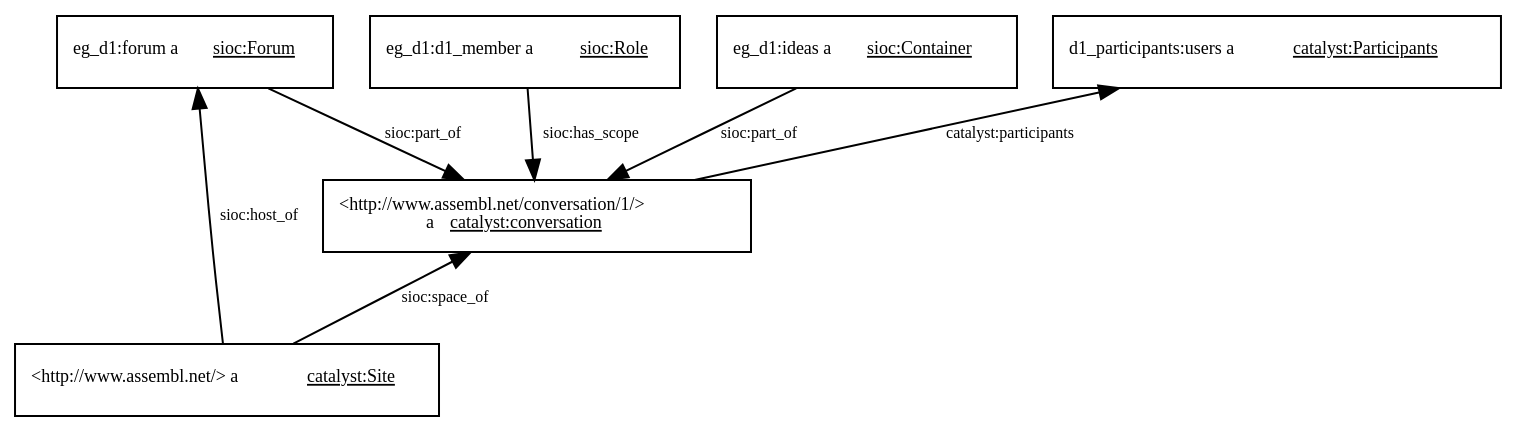
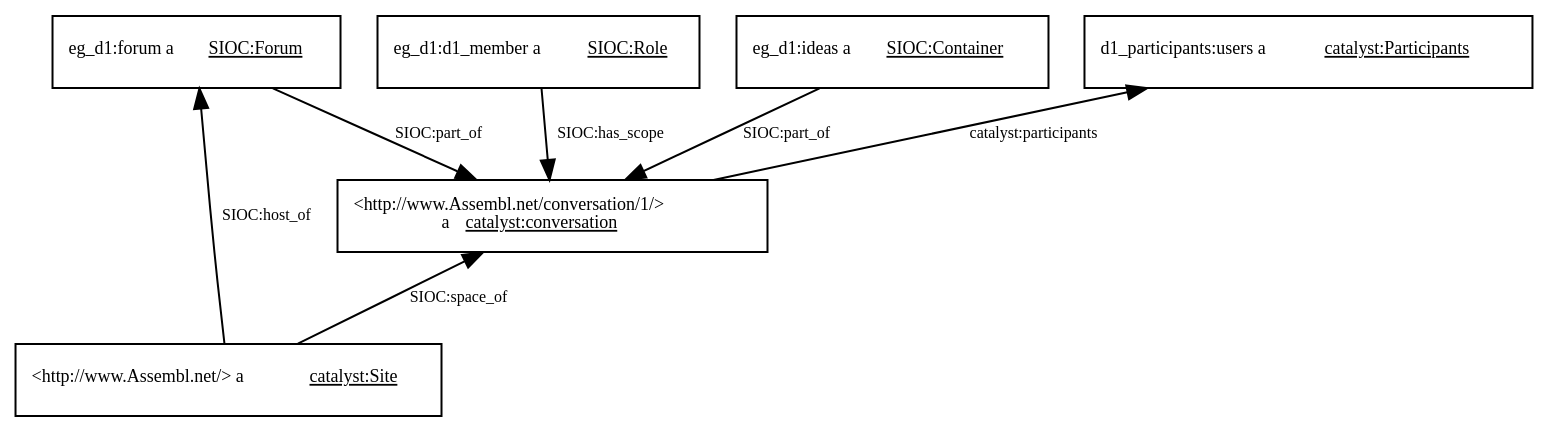
The sixth of 16 diagrams in interoperability/interoperability.md (catalyst-fp7/documents), drawn with Graphviz before and after one commit. The commit also changed other lines of this file, not shown here.

````diff
--- a/interoperability/interoperability.md
+++ b/interoperability/interoperability.md
@@ -916,20 +914,20 @@
 ```graphviz 0.59
 digraph g {
     graph [bgcolor="transparent", rankdir="TB", compound="true"];
     node [fillcolor=white, style=filled,  shape=record, fontsize=9];
     edge [fontsize=8];
     users [label=<d1_participants:users a <U>catalyst:Participants</U>>];
     users->conversation [label="catalyst:participants", dir="back"];
-    forum [label=<eg_d1:forum a <U>sioc:Forum</U>>];
-    site [label=<&lt;http://www.assembl.net/&gt; a <U>catalyst:Site</U>>];
-    forum->site [label="sioc:host_of", dir="back"];
-    conversation->site [label="sioc:space_of", dir="back"];
-    member_role [label=<eg_d1:d1_member a <U>sioc:Role</U>>];
-    member_role->conversation [label="sioc:has_scope"];
-    conversation [label=<&lt;http://www.assembl.net/conversation/1/&gt;<br /> a <U>catalyst:conversation</U>>];
-    forum [label=<eg_d1:forum a <U>sioc:Forum</U>>];
-    ideasContainer [label=<eg_d1:ideas a <U>sioc:Container</U>>];
-    forum->conversation [label="sioc:part_of"];
-    ideasContainer->conversation [label="sioc:part_of"];
+    forum [label=<eg_d1:forum a <U>SIOC:Forum</U>>];
+    site [label=<&lt;http://www.Assembl.net/&gt; a <U>catalyst:Site</U>>];
+    forum->site [label="SIOC:host_of", dir="back"];
+    conversation->site [label="SIOC:space_of", dir="back"];
+    member_role [label=<eg_d1:d1_member a <U>SIOC:Role</U>>];
+    member_role->conversation [label="SIOC:has_scope"];
+    conversation [label=<&lt;http://www.Assembl.net/conversation/1/&gt;<br /> a <U>catalyst:conversation</U>>];
+    forum [label=<eg_d1:forum a <U>SIOC:Forum</U>>];
+    ideasContainer [label=<eg_d1:ideas a <U>SIOC:Container</U>>];
+    forum->conversation [label="SIOC:part_of"];
+    ideasContainer->conversation [label="SIOC:part_of"];
 }
 ```
````
